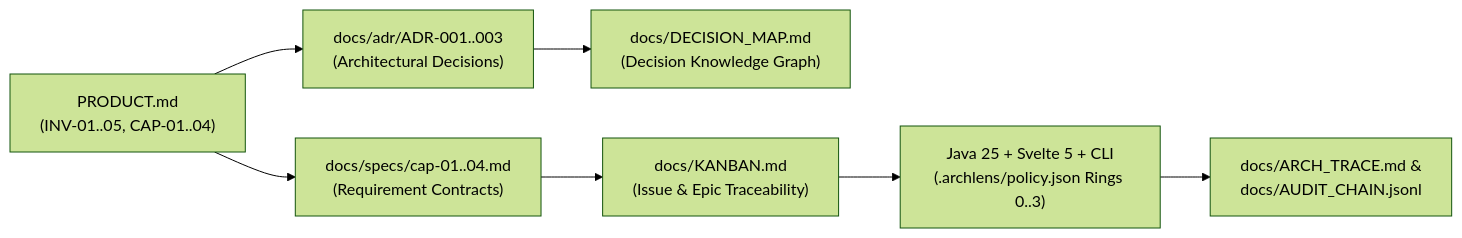
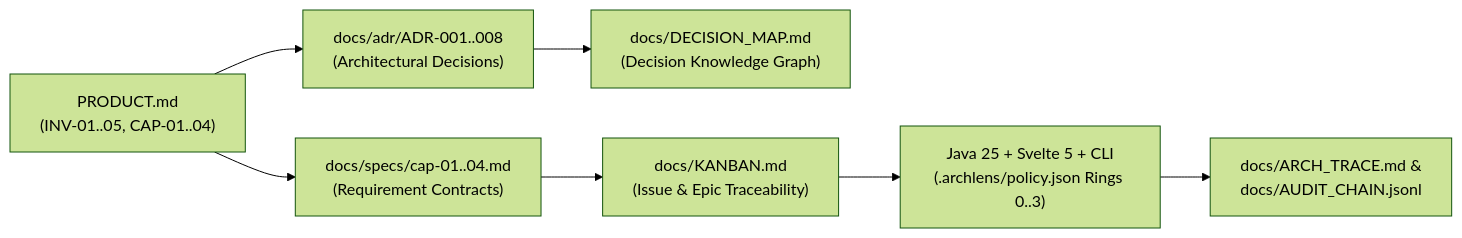
Before and after one commit to fmatar/archlens: the diagram in wiki/Traceability.md, drawn with Mermaid (forest theme). The commit also changed other lines of this file and 31 other files, not shown here.

````diff
--- a/wiki/Traceability.md
+++ b/wiki/Traceability.md
@@ -11,9 +11,9 @@
 ```mermaid
 flowchart LR
     Product["PRODUCT.md\n(INV-01..05, CAP-01..04)"] --> Specs["docs/specs/cap-01..04.md\n(Requirement Contracts)"]
-    Product --> ADRs["docs/adr/ADR-001..003\n(Architectural Decisions)"]
+    Product --> ADRs["docs/adr/ADR-001..008\n(Architectural Decisions)"]
     ADRs --> DecisionMap["docs/DECISION_MAP.md\n(Decision Knowledge Graph)"]
     Specs --> Kanban["docs/KANBAN.md\n(Issue & Epic Traceability)"]
     Kanban --> Code["Java 25 + Svelte 5 + CLI\n(.archlens/policy.json Rings 0..3)"]
     Code --> ArchTrace["docs/ARCH_TRACE.md &\ndocs/AUDIT_CHAIN.jsonl"]
 ```
````
